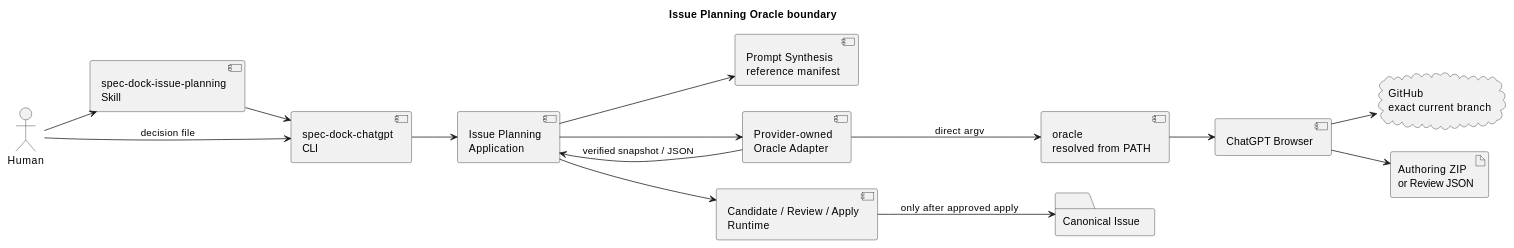
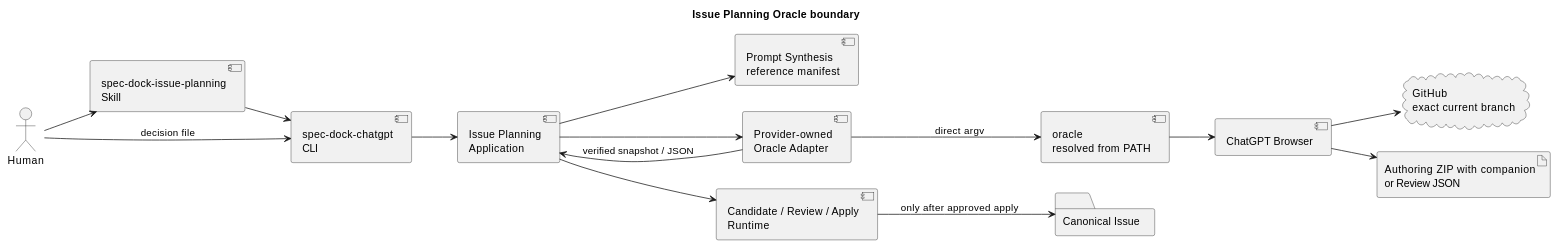
The diagram in spec-dock/initiatives/init-00322-gpt-5-6-chatgpt-first-intelligence-architecture/epics/epic-00331-planning-and-advisory-review/issues/iss-00334-implement-chatgpt-issue-planning-workflow/design.md (chemitaro/spec-dock), drawn with PlantUML before and after one commit. The commit also changed other lines of this file and 15 other files, not shown here.

````diff
--- a/spec-dock/initiatives/init-00322-gpt-5-6-chatgpt-first-intelligence-architecture/epics/epic-00331-planning-and-advisory-review/issues/iss-00334-implement-chatgpt-issue-planning-workflow/design.md
+++ b/spec-dock/initiatives/init-00322-gpt-5-6-chatgpt-first-intelligence-architecture/epics/epic-00331-planning-and-advisory-review/issues/iss-00334-implement-chatgpt-issue-planning-workflow/design.md
@@ -24,32 +24,32 @@
 ```plantuml
 @startuml
 title Issue Planning Oracle boundary
 left to right direction
 actor Human
 component "spec-dock-issue-planning\nSkill" as Skill
 component "spec-dock-chatgpt\nCLI" as CLI
 component "Issue Planning\nApplication" as App
 component "Prompt Synthesis\nreference manifest" as Prompt
 component "Provider-owned\nOracle Adapter" as Adapter
 component "oracle\nresolved from PATH" as Oracle
 component "ChatGPT Browser" as ChatGPT
 cloud "GitHub\nexact current branch" as GitHub
-artifact "Authoring ZIP\nor Review JSON" as OracleOutput
+artifact "Authoring ZIP with companion\nor Review JSON" as OracleOutput
 component "Candidate / Review / Apply\nRuntime" as Runtime
 folder "Canonical Issue" as Canonical
 
 Human --> Skill
 Skill --> CLI
 CLI --> App
 App --> Prompt
 App --> Adapter
 Adapter --> Oracle : direct argv
 Oracle --> ChatGPT
 ChatGPT --> GitHub
 ChatGPT --> OracleOutput
 Adapter --> App : verified snapshot / JSON
 App --> Runtime
 Runtime --> Canonical : only after approved apply
 Human --> CLI : decision file
 @enduml
 ```
````
